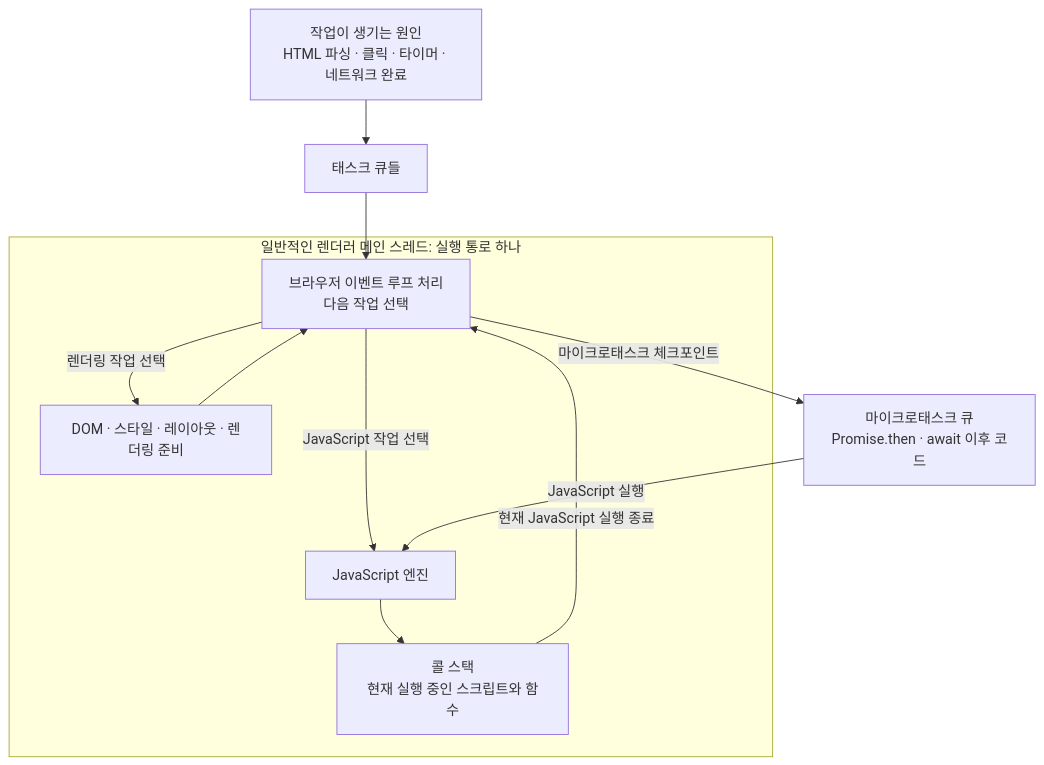
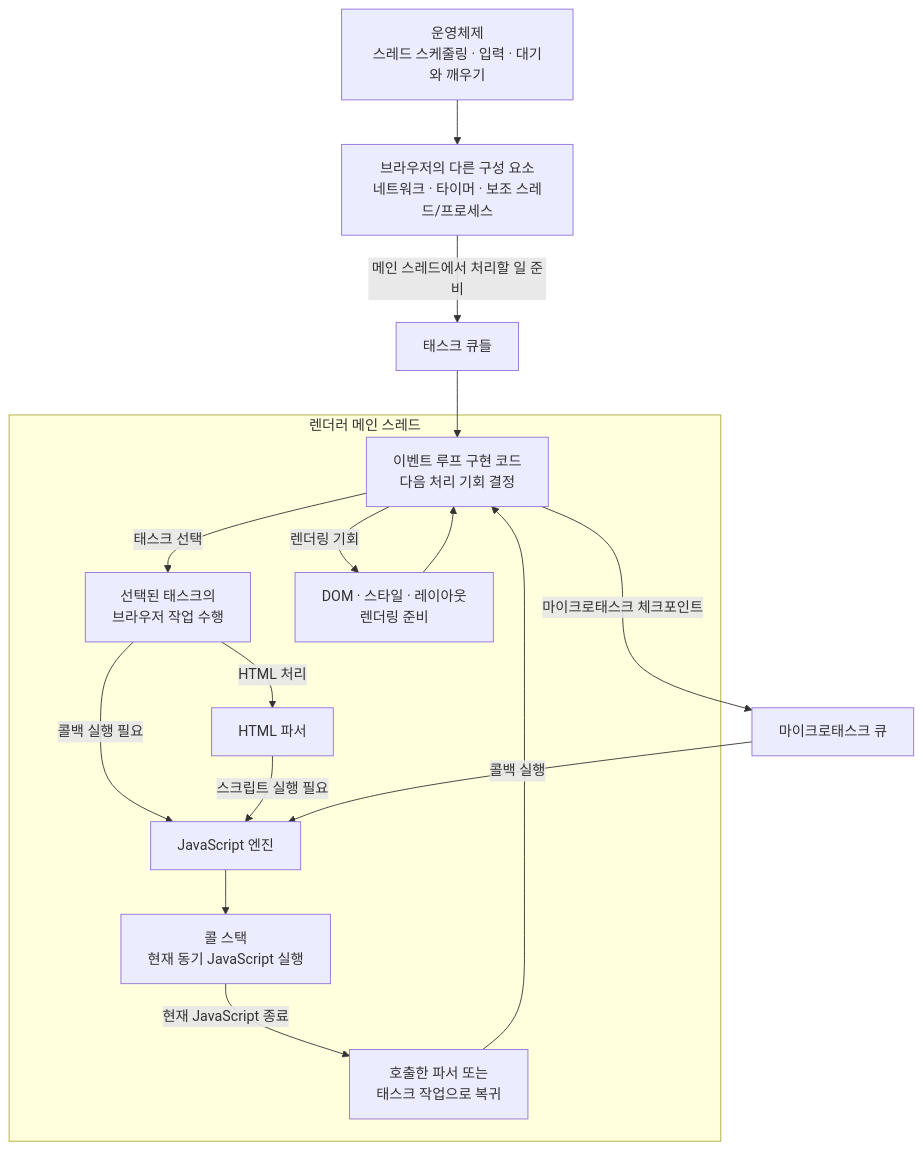
Before and after one commit to lee-gimoon/futures-paper-trading: the diagram in docs/frontend-study/06-main-thread-call-stack-and-event-loop.md, drawn with Mermaid. The commit also changed other lines of this file, not shown here.

````diff
--- a/docs/frontend-study/06-main-thread-call-stack-and-event-loop.md
+++ b/docs/frontend-study/06-main-thread-call-stack-and-event-loop.md
@@ -62,24 +162,34 @@
 ```mermaid
 flowchart TB
-  SOURCE["작업이 생기는 원인<br/>HTML 파싱 · 클릭 · 타이머 · 네트워크 완료"]
+  OS["운영체제<br/>스레드 스케줄링 · 입력 · 대기와 깨우기"]
+  AUX["브라우저의 다른 구성 요소<br/>네트워크 · 타이머 · 보조 스레드/프로세스"]
   TQ["태스크 큐들"]
-  MQ["마이크로태스크 큐<br/>Promise.then · await 이후 코드"]
+  MQ["마이크로태스크 큐"]
 
-  subgraph MAIN["일반적인 렌더러 메인 스레드: 실행 통로 하나"]
-    EL["브라우저 이벤트 루프 처리<br/>다음 작업 선택"]
+  OS --> AUX
+  AUX -->|"메인 스레드에서 처리할 일 준비"| TQ
+
+  subgraph MAIN["렌더러 메인 스레드"]
+    EL["이벤트 루프 구현 코드<br/>다음 처리 기회 결정"]
+    TASK["선택된 태스크의<br/>브라우저 작업 수행"]
+    PARSER["HTML 파서"]
     JS["JavaScript 엔진"]
-    CS["콜 스택<br/>현재 실행 중인 스크립트와 함수"]
-    UI["DOM · 스타일 · 레이아웃 · 렌더링 준비"]
+    STACK["콜 스택<br/>현재 동기 JavaScript 실행"]
+    RETURN["호출한 파서 또는<br/>태스크 작업으로 복귀"]
+    RENDER["DOM · 스타일 · 레이아웃<br/>렌더링 준비"]
 
-    EL -->|"JavaScript 작업 선택"| JS
-    JS --> CS
-    CS -->|"현재 JavaScript 실행 종료"| EL
-    EL -->|"렌더링 작업 선택"| UI
-    UI --> EL
+    EL -->|"태스크 선택"| TASK
+    TASK -->|"HTML 처리"| PARSER
+    TASK -->|"콜백 실행 필요"| JS
+    PARSER -->|"스크립트 실행 필요"| JS
+    JS --> STACK
+    STACK -->|"현재 JavaScript 종료"| RETURN
+    RETURN --> EL
+    EL -->|"렌더링 기회"| RENDER
+    RENDER --> EL
   end
 
-  SOURCE --> TQ
   TQ --> EL
   EL -->|"마이크로태스크 체크포인트"| MQ
-  MQ -->|"JavaScript 실행"| JS
+  MQ -->|"콜백 실행"| JS
 ```
````
